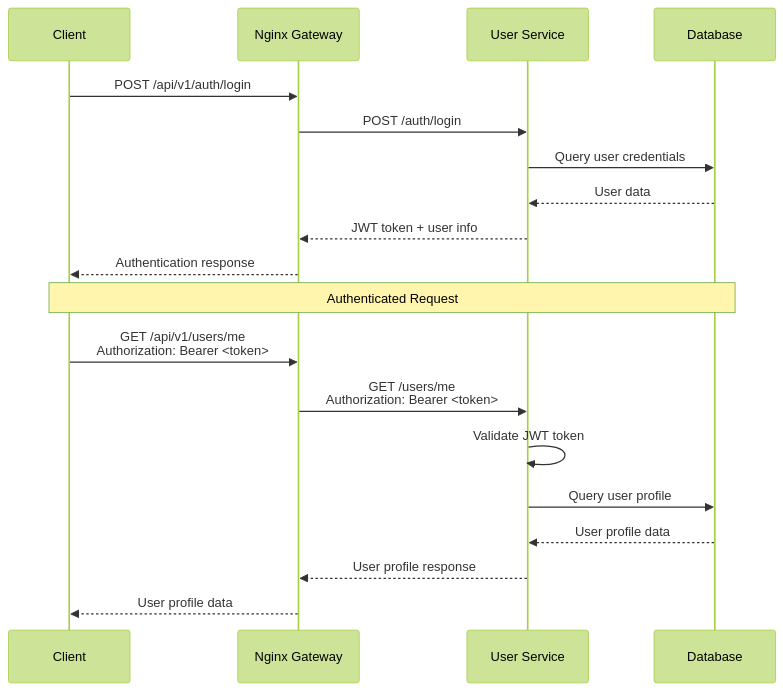
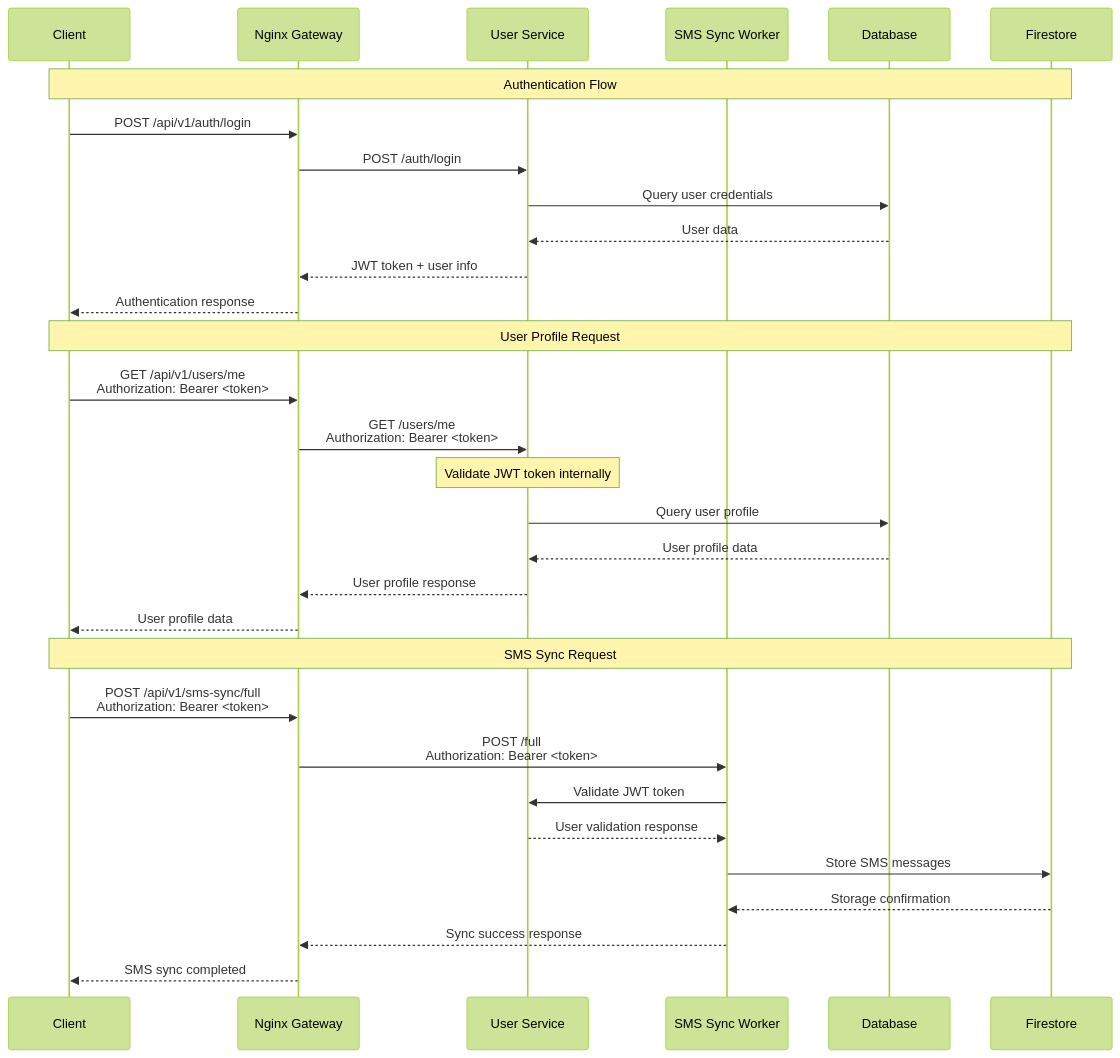
One commit to GauravSharmaCode/neat_spend changed the second of 2 diagrams in README.md. Above: the diagram before and after it, drawn with Mermaid (forest theme). The commit also changed other lines of this file, not shown here.

````diff
--- a/README.md
+++ b/README.md
@@ -48,23 +48,36 @@
 ```mermaid
 sequenceDiagram
     participant C as Client
     participant N as Nginx Gateway
     participant U as User Service
+    participant S as SMS Sync Worker
     participant D as Database
+    participant F as Firestore
 
+    Note over C,F: Authentication Flow
     C->>N: POST /api/v1/auth/login
     N->>U: POST /auth/login
     U->>D: Query user credentials
     D-->>U: User data
     U-->>N: JWT token + user info
     N-->>C: Authentication response
 
-    Note over C,D: Authenticated Request
+    Note over C,F: User Profile Request
     C->>N: GET /api/v1/users/me<br/>Authorization: Bearer <token>
     N->>U: GET /users/me<br/>Authorization: Bearer <token>
-    U->>U: Validate JWT token
+    Note over U: Validate JWT token internally
     U->>D: Query user profile
     D-->>U: User profile data
     U-->>N: User profile response
     N-->>C: User profile data
+
+    Note over C,F: SMS Sync Request
+    C->>N: POST /api/v1/sms-sync/full<br/>Authorization: Bearer <token>
+    N->>S: POST /full<br/>Authorization: Bearer <token>
+    S->>U: Validate JWT token
+    U-->>S: User validation response
+    S->>F: Store SMS messages
+    F-->>S: Storage confirmation
+    S-->>N: Sync success response
+    N-->>C: SMS sync completed
 ```
````
